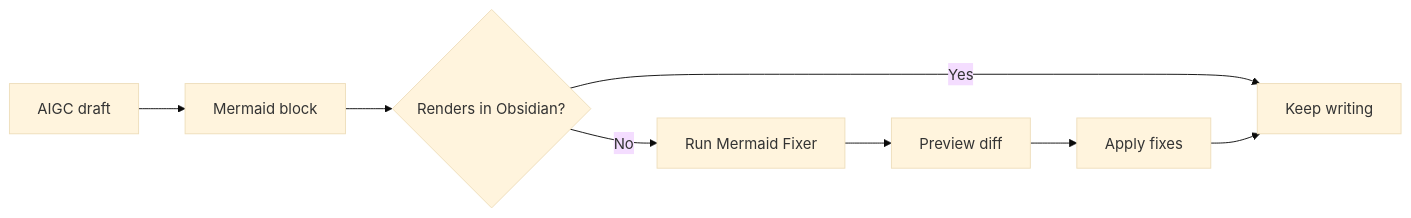
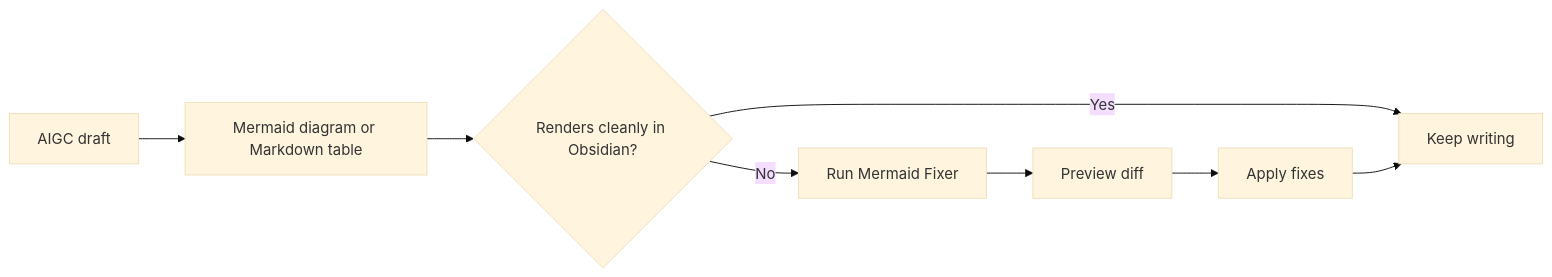
Before and after one commit to fyaic/Mermaid-Fixer-Plugin: the first of 2 diagrams in README.md, drawn with Mermaid (base theme). The commit also changed other lines of this file and 20 other files, not shown here.

Commit message:
feat: add markdown table repair

````diff
--- a/README.md
+++ b/README.md
@@ -13,10 +13,10 @@
 ```mermaid
 flowchart LR
-    A[AIGC draft] --> B[Mermaid block]
-    B --> C{Renders in Obsidian?}
+    A[AIGC draft] --> B[Mermaid diagram or Markdown table]
+    B --> C{Renders cleanly in Obsidian?}
     C -- Yes --> D[Keep writing]
     C -- No --> E[Run Mermaid Fixer]
     E --> F[Preview diff]
     F --> G[Apply fixes]
     G --> D
 ```
````
